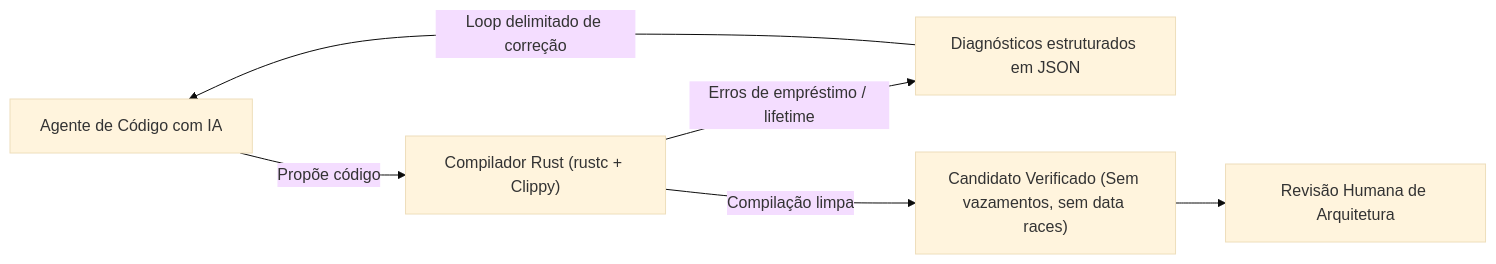
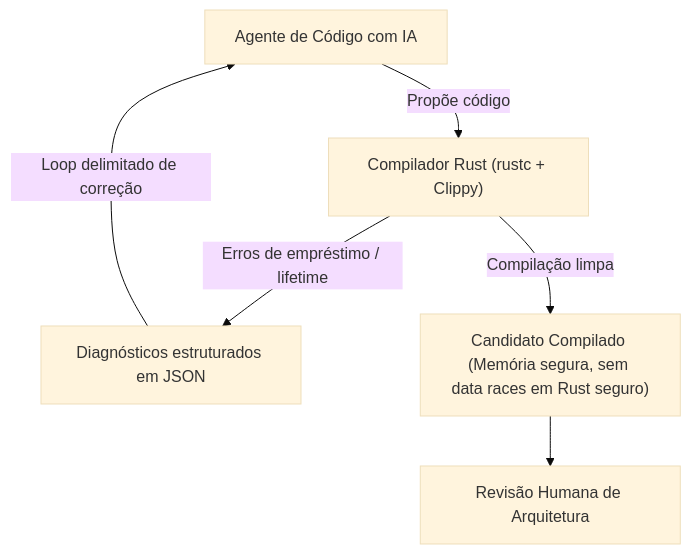
Before and after one commit to marcelomiyake/marcelomiyake.github.io: the second of 2 diagrams in _posts/2026-10-08-ai-adrs-rust-adoption-pt-br.markdown, drawn with Mermaid (base theme). The commit also changed other lines of this file and 21 other files, not shown here.

First line of the commit message:
fix(blog): update facts, make diagrams legible, and align translations

````diff
--- a/_posts/2026-10-08-ai-adrs-rust-adoption-pt-br.markdown
+++ b/_posts/2026-10-08-ai-adrs-rust-adoption-pt-br.markdown
@@ -166,10 +166,10 @@
 ```mermaid
-flowchart LR
+flowchart TD
     accTitle: Ciclo de correção automática com compilador como harness em Rust
     accDescr: Um agente de IA propõe código Rust. O compilador analisa ownership e tipos. Diagnósticos de erro alimentam diretamente o agente em um loop de correção delimitado, entregando segurança de memória antes da revisão humana.
     A["Agente de Código com IA"] -->|Propõe código| C["Compilador Rust (rustc + Clippy)"]
     C -->|Erros de empréstimo / lifetime| F["Diagnósticos estruturados em JSON"]
     F -->|Loop delimitado de correção| A
-    C -->|Compilação limpa| V["Candidato Verificado (Sem vazamentos, sem data races)"]
+    C -->|Compilação limpa| V["Candidato Compilado (Memória segura, sem data races em Rust seguro)"]
     V --> H["Revisão Humana de Arquitetura"]
 ```
````
